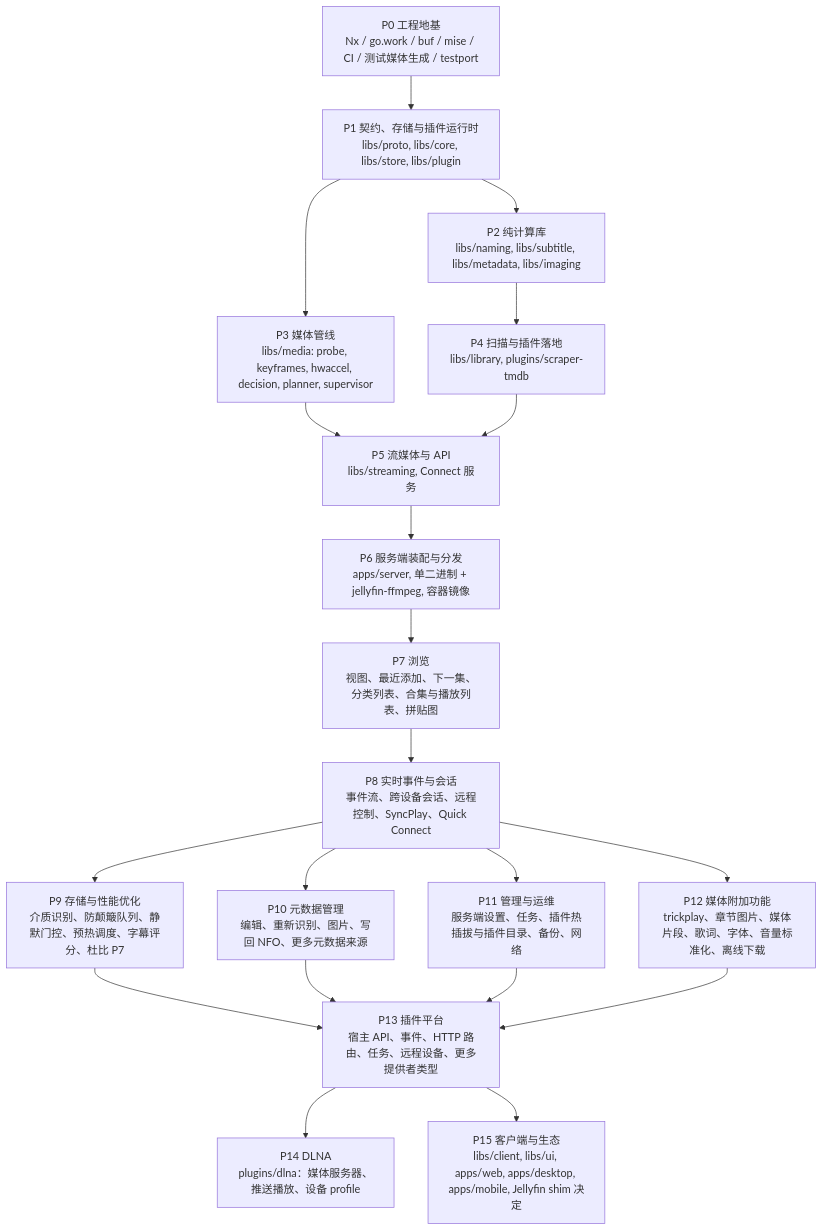
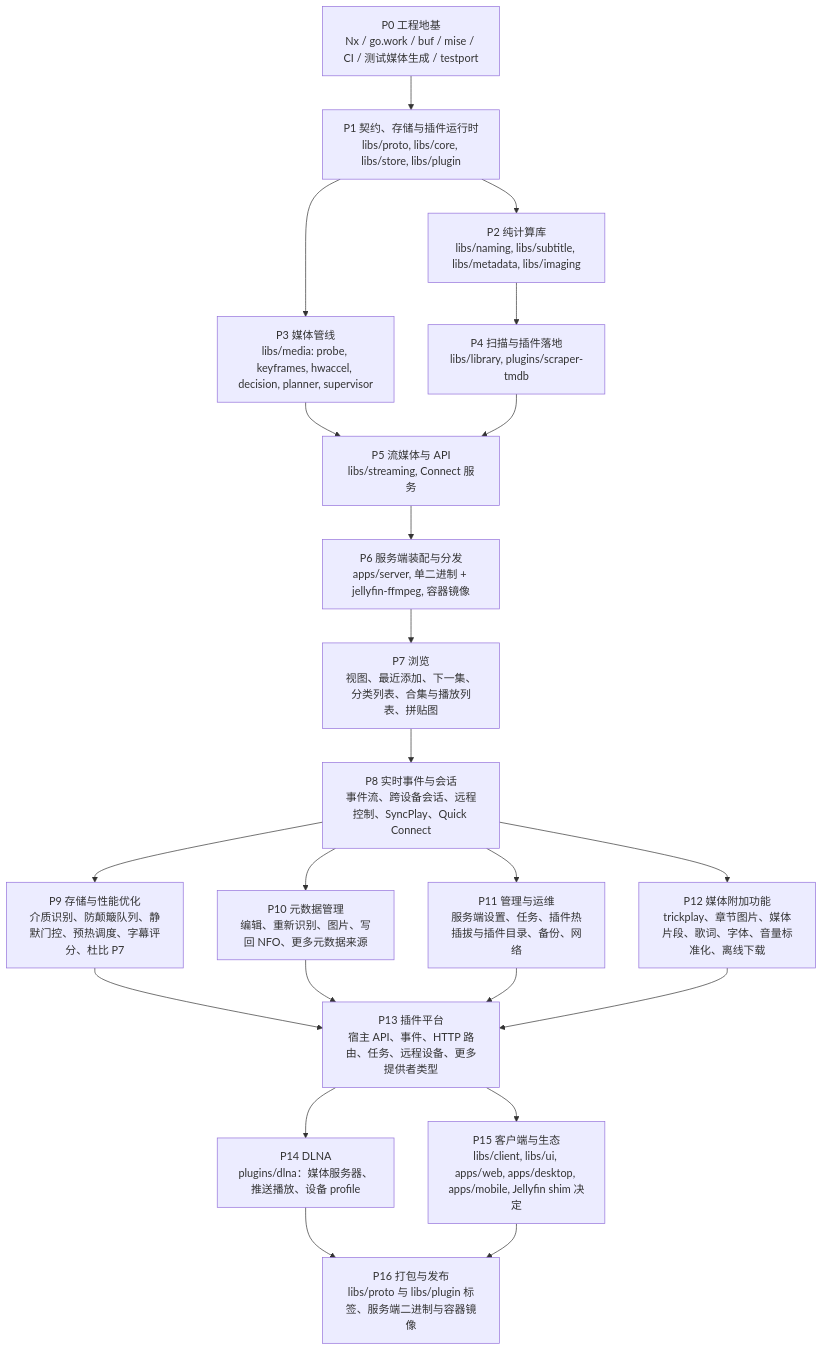
The diagram in docs/roadmap.zh-CN.md (mavioai/mavio), drawn with Mermaid before and after one commit. The commit also changed other lines of this file and 1 other file, not shown here.

````diff
--- a/docs/roadmap.zh-CN.md
+++ b/docs/roadmap.zh-CN.md
@@ -20,39 +20,42 @@
 ```mermaid
 flowchart TD
     P0["P0 工程地基<br/>Nx / go.work / buf / mise / CI / 测试媒体生成 / testport"]
     P1["P1 契约、存储与插件运行时<br/>libs/proto, libs/core, libs/store, libs/plugin"]
     P2["P2 纯计算库<br/>libs/naming, libs/subtitle, libs/metadata, libs/imaging"]
     P3["P3 媒体管线<br/>libs/media: probe, keyframes, hwaccel, decision, planner, supervisor"]
     P4["P4 扫描与插件落地<br/>libs/library, plugins/scraper-tmdb"]
     P5["P5 流媒体与 API<br/>libs/streaming, Connect 服务"]
     P6["P6 服务端装配与分发<br/>apps/server, 单二进制 + jellyfin-ffmpeg, 容器镜像"]
     P7["P7 浏览<br/>视图、最近添加、下一集、分类列表、合集与播放列表、拼贴图"]
     P8["P8 实时事件与会话<br/>事件流、跨设备会话、远程控制、SyncPlay、Quick Connect"]
     P9["P9 存储与性能优化<br/>介质识别、防颠簸队列、静默门控、预热调度、字幕评分、杜比 P7"]
     P10["P10 元数据管理<br/>编辑、重新识别、图片、写回 NFO、更多元数据来源"]
     P11["P11 管理与运维<br/>服务端设置、任务、插件热插拔与插件目录、备份、网络"]
     P12["P12 媒体附加功能<br/>trickplay、章节图片、媒体片段、歌词、字体、音量标准化、离线下载"]
     P13["P13 插件平台<br/>宿主 API、事件、HTTP 路由、任务、远程设备、更多提供者类型"]
     P14["P14 DLNA<br/>plugins/dlna：媒体服务器、推送播放、设备 profile"]
     P15["P15 客户端与生态<br/>libs/client, libs/ui, apps/web, apps/desktop, apps/mobile, Jellyfin shim 决定"]
+    P16["P16 打包与发布<br/>libs/proto 与 libs/plugin 标签、服务端二进制与容器镜像"]
 
     P0 --> P1
     P1 --> P2
     P1 --> P3
     P2 --> P4
     P3 --> P5
     P4 --> P5
     P5 --> P6
     P6 --> P7
     P7 --> P8
     P8 --> P9
     P8 --> P10
     P8 --> P11
     P8 --> P12
     P9 --> P13
     P10 --> P13
     P11 --> P13
     P12 --> P13
     P13 --> P14
     P13 --> P15
+    P14 --> P16
+    P15 --> P16
 ```
````
